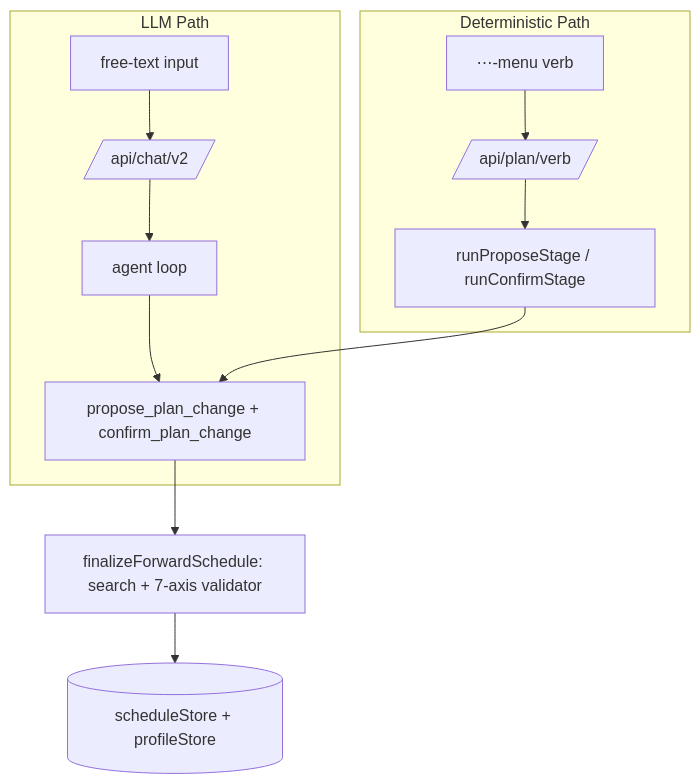
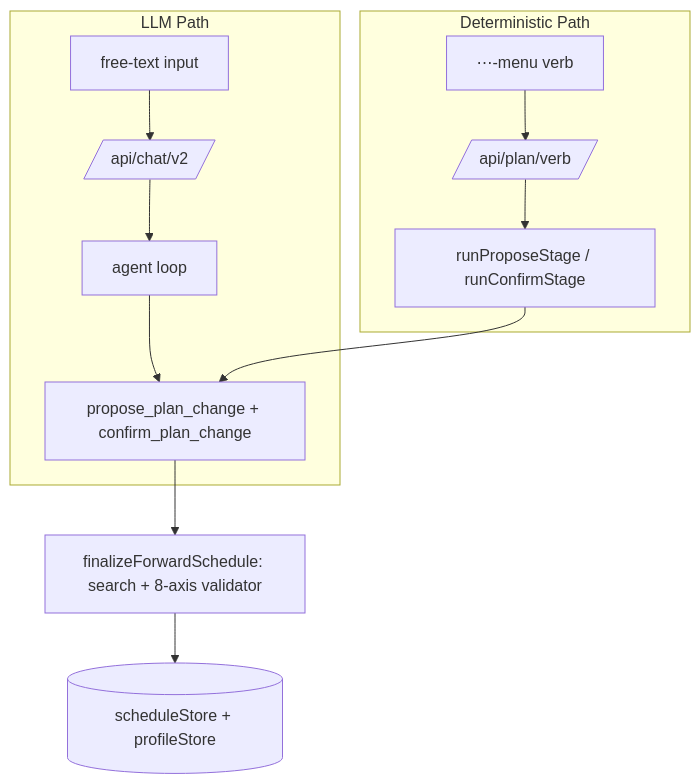
One commit to EdoardoMongardi/NYU_Path changed the fourth of 4 diagrams in Docs/current-system/web/plan-action-routes.md. Above: the diagram before and after it, drawn with Mermaid. The commit also changed other lines of this file and 2 other files, not shown here.

Commit message:
docs: finish the 7-axis→8-axis sweep (probe_counterfactual, plan-action-orchestrator/routes)
The only remaining "7-axis" references are now the intentional historical ones
("formerly-frozen 7-axis contract" / "frozen 7-axis + 8th P/F-limit axis").

````diff
--- a/Docs/current-system/web/plan-action-routes.md
+++ b/Docs/current-system/web/plan-action-routes.md
@@ -448,15 +448,15 @@
 ```mermaid
 flowchart TB
     subgraph LLM Path
         ChatIn[free-text input] --> ChatV2[/api/chat/v2/]
         ChatV2 --> Loop[agent loop]
         Loop --> Tools[propose_plan_change + confirm_plan_change]
     end
     subgraph Deterministic Path
         Gesture[⋯-menu verb] --> PlanRoutes[/api/plan/verb/]
         PlanRoutes --> Orch[runProposeStage / runConfirmStage]
         Orch --> Tools
     end
-    Tools --> Finalize[finalizeForwardSchedule: search + 7-axis validator]
+    Tools --> Finalize[finalizeForwardSchedule: search + 8-axis validator]
     Finalize --> Store[(scheduleStore + profileStore)]
 ```
````
